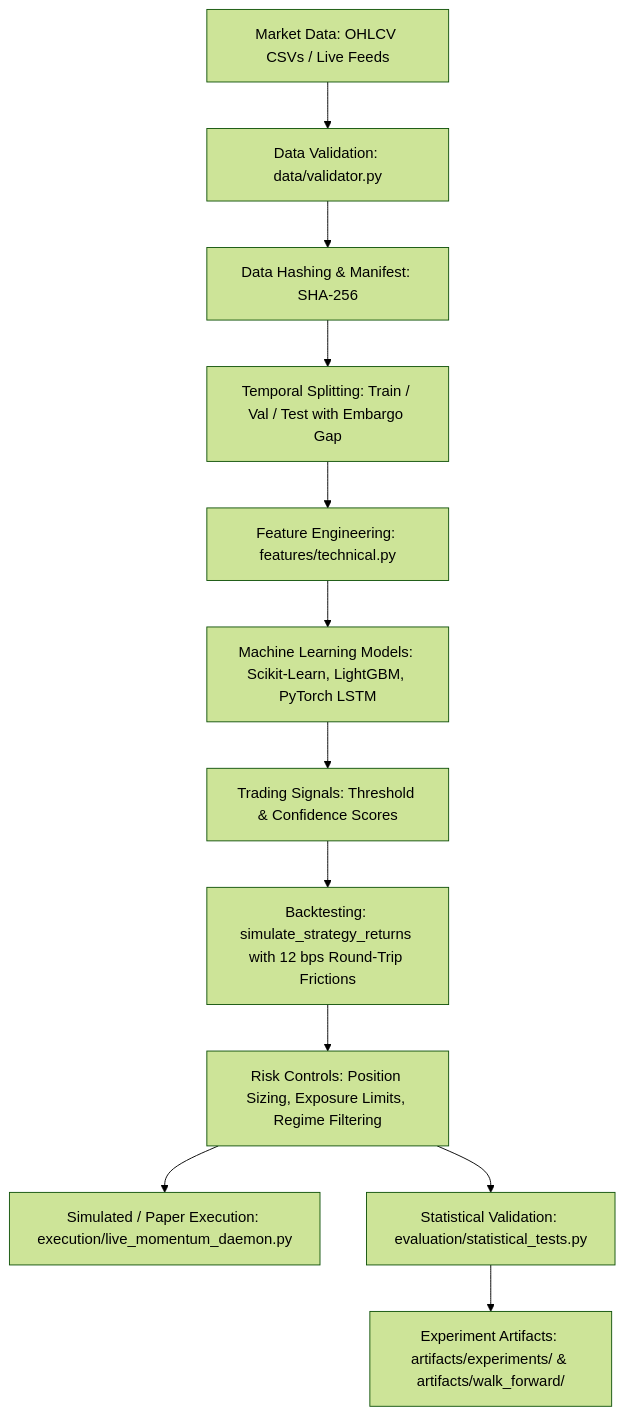
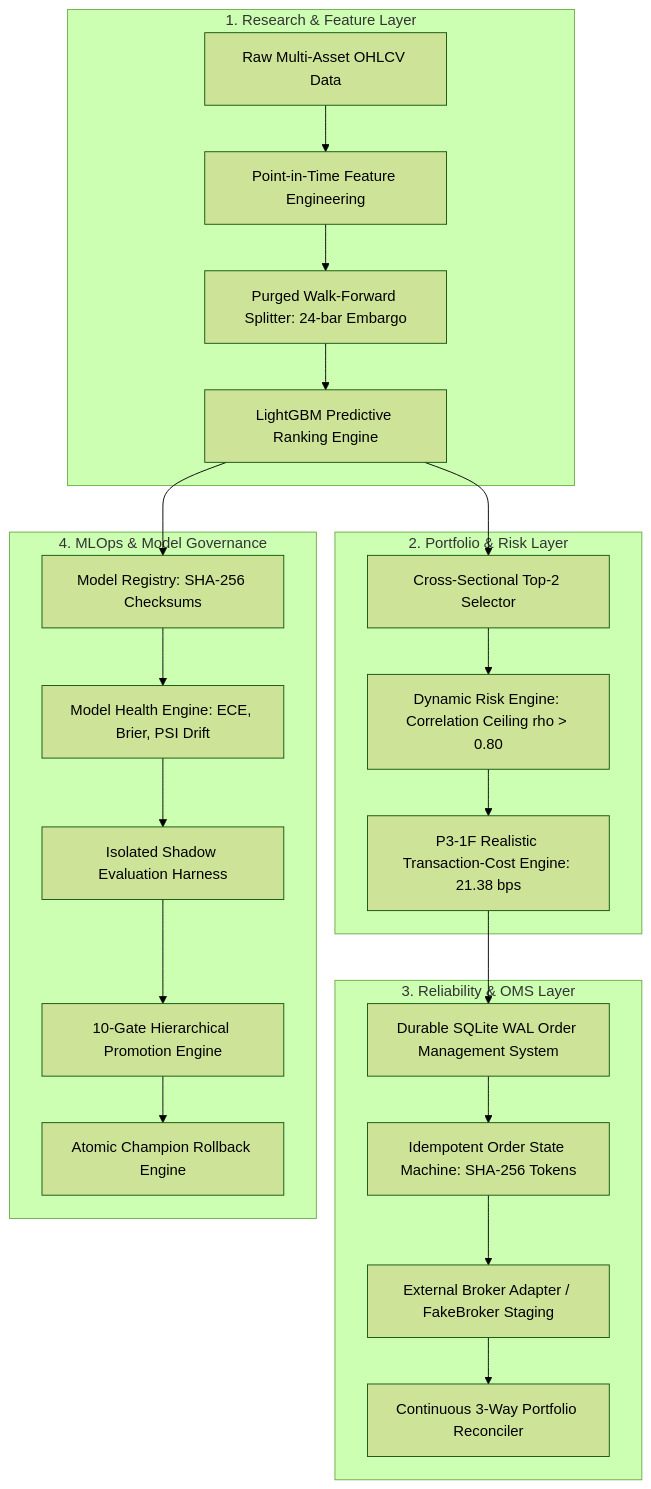
Before and after one commit to ajay1951/ai-trading-research-platform: the first of 2 diagrams in README.md, drawn with Mermaid (forest theme). The commit also changed other lines of this file and 408 other files, not shown here.

Commit message:
feat(p1-p4): complete quantitative ML research, execution reliability, MLOps governance, and recruiter portfolio platform

````diff
--- a/README.md
+++ b/README.md
@@ -140,14 +49,29 @@
 ```mermaid
 flowchart TD
-    A[Market Data: OHLCV CSVs / Live Feeds] --> B[Data Validation: data/validator.py]
-    B --> C[Data Hashing & Manifest: SHA-256]
-    C --> D[Temporal Splitting: Train / Val / Test with Embargo Gap]
-    D --> E[Feature Engineering: features/technical.py]
-    E --> F[Machine Learning Models: Scikit-Learn, LightGBM, PyTorch LSTM]
-    F --> G[Trading Signals: Threshold & Confidence Scores]
-    G --> H[Backtesting: simulate_strategy_returns with 12 bps Round-Trip Frictions]
-    H --> I[Risk Controls: Position Sizing, Exposure Limits, Regime Filtering]
-    I --> J[Simulated / Paper Execution: execution/live_momentum_daemon.py]
-    I --> K[Statistical Validation: evaluation/statistical_tests.py]
-    K --> L[Experiment Artifacts: artifacts/experiments/ & artifacts/walk_forward/]
+    subgraph Data_Research [1. Research & Feature Layer]
+        A[Raw Multi-Asset OHLCV Data] --> B[Point-in-Time Feature Engineering]
+        B --> C[Purged Walk-Forward Splitter: 24-bar Embargo]
+        C --> D[LightGBM Predictive Ranking Engine]
+    end
+
+    subgraph Portfolio_Risk [2. Portfolio & Risk Layer]
+        D --> E[Cross-Sectional Top-2 Selector]
+        E --> F[Dynamic Risk Engine: Correlation Ceiling rho > 0.80]
+        F --> G[P3-1F Realistic Transaction-Cost Engine: 21.38 bps]
+    end
+
+    subgraph Execution_OMS [3. Reliability & OMS Layer]
+        G --> H[Durable SQLite WAL Order Management System]
+        H --> I[Idempotent Order State Machine: SHA-256 Tokens]
+        I --> J[External Broker Adapter / FakeBroker Staging]
+        J --> K[Continuous 3-Way Portfolio Reconciler]
+    end
+
+    subgraph MLOps_Governance [4. MLOps & Model Governance]
+        D --> L[Model Registry: SHA-256 Checksums]
+        L --> M[Model Health Engine: ECE, Brier, PSI Drift]
+        M --> N[Isolated Shadow Evaluation Harness]
+        N --> O[10-Gate Hierarchical Promotion Engine]
+        O --> P[Atomic Champion Rollback Engine]
+    end
 ```
````
